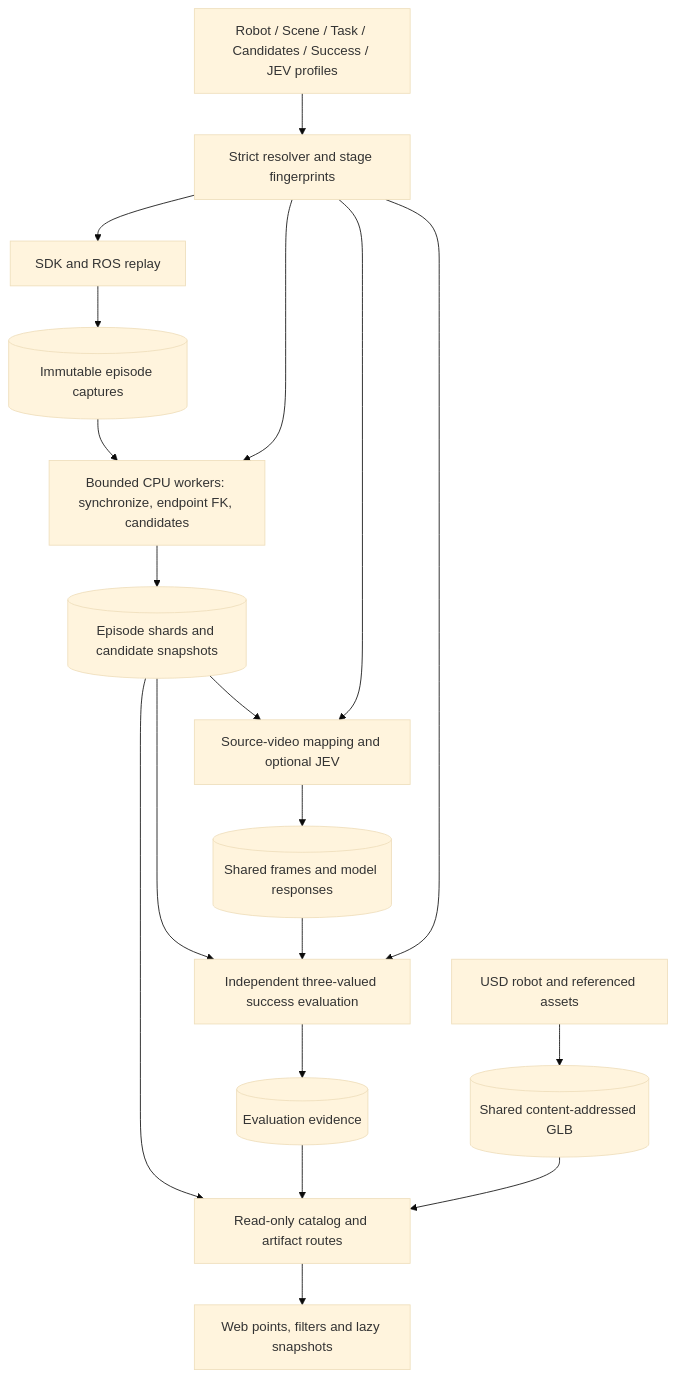
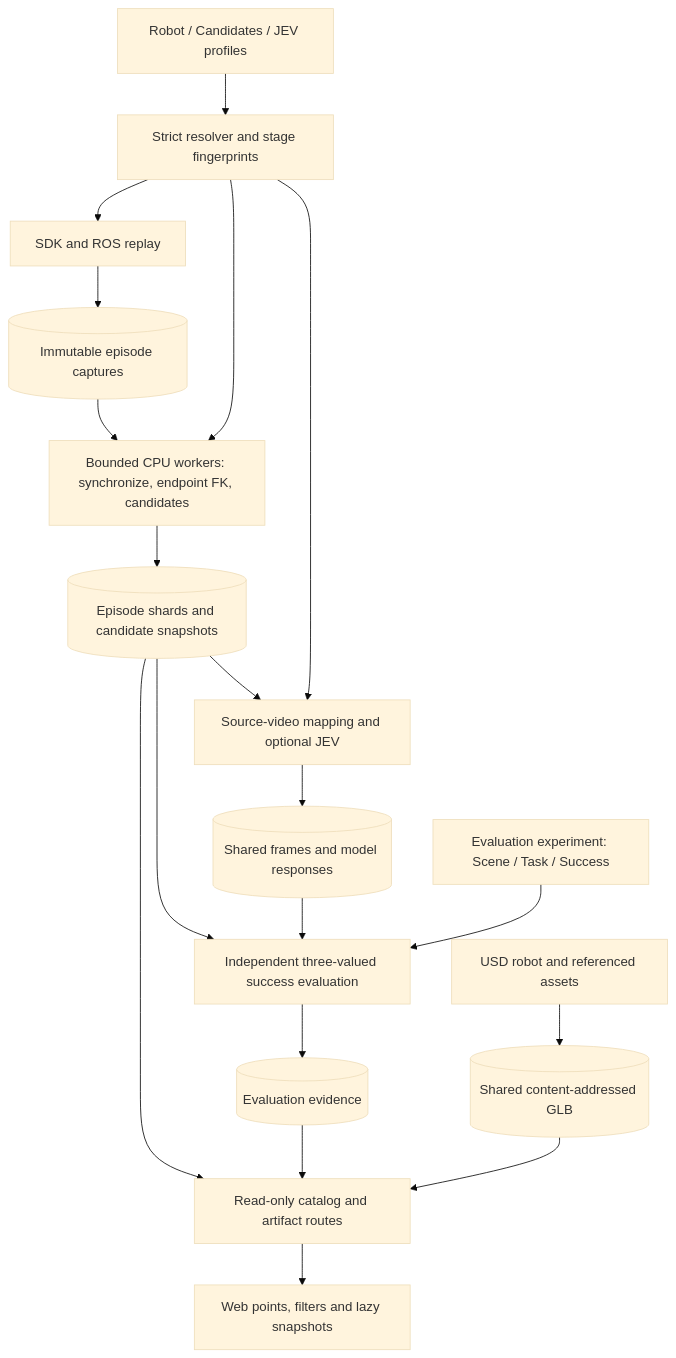
The diagram in docs/PLACEMENT_ARCHITECTURE.md (BradKKKKKang/astribot_simulation), drawn with Mermaid (base theme) before and after one commit. The commit also changed other lines of this file and 69 other files, not shown here.

````diff
--- a/docs/PLACEMENT_ARCHITECTURE.md
+++ b/docs/PLACEMENT_ARCHITECTURE.md
@@ -7,21 +7,21 @@
 ```mermaid
 flowchart TB
-  profiles[Robot / Scene / Task / Candidates / Success / JEV profiles] --> resolver[Strict resolver and stage fingerprints]
+  profiles[Robot / Candidates / JEV profiles] --> resolver[Strict resolver and stage fingerprints]
   resolver --> replay[SDK and ROS replay]
   replay --> capture[(Immutable episode captures)]
   capture --> extraction[Bounded CPU workers: synchronize, endpoint FK, candidates]
   resolver --> extraction
   extraction --> events[(Episode shards and candidate snapshots)]
   events --> identification[Source-video mapping and optional JEV]
   resolver --> identification
   identification --> evidence[(Shared frames and model responses)]
   events --> evaluation[Independent three-valued success evaluation]
   evidence --> evaluation
-  resolver --> evaluation
+  evalconfig[Evaluation experiment: Scene / Task / Success] --> evaluation
   evaluation --> results[(Evaluation evidence)]
   robot[USD robot and referenced assets] --> geometry[(Shared content-addressed GLB)]
   events --> reader[Read-only catalog and artifact routes]
   results --> reader
   geometry --> reader
   reader --> web[Web points, filters and lazy snapshots]
 ```
````
